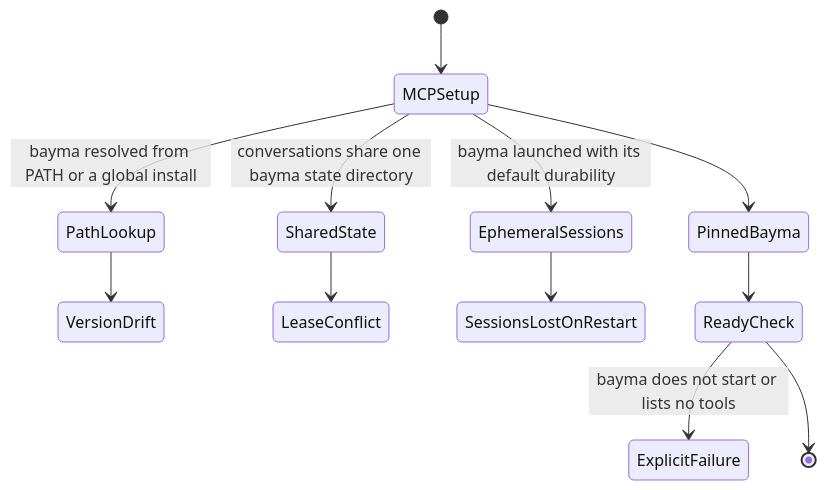
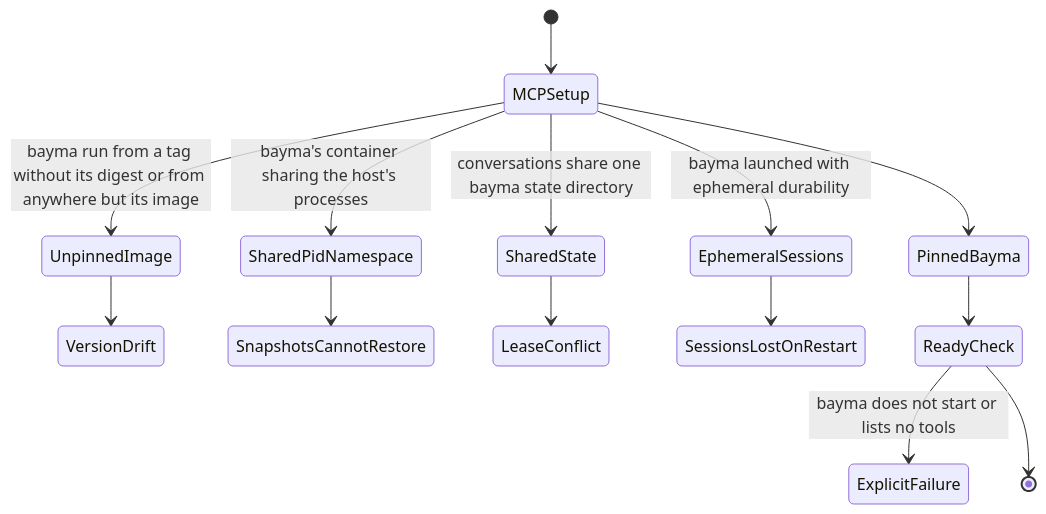
The third of 3 diagrams in src/mcp/README.md (eaucoin/alasio), drawn with Mermaid before and after one commit. The commit also changed other lines of this file and 9 other files, not shown here.

First line of the commit message:
Run bayma from its image, beside alasio's container

````diff
--- a/src/mcp/README.md
+++ b/src/mcp/README.md
@@ -32,14 +34,16 @@
 ```mermaid
 stateDiagram-v2
   [*] --> MCPSetup
-  MCPSetup --> PathLookup: bayma resolved from PATH or a global install
-  PathLookup --> VersionDrift
+  MCPSetup --> UnpinnedImage: bayma run from a tag without its digest or from anywhere but its image
+  UnpinnedImage --> VersionDrift
+  MCPSetup --> SharedPidNamespace: bayma's container sharing the host's processes
+  SharedPidNamespace --> SnapshotsCannotRestore
   MCPSetup --> SharedState: conversations share one bayma state directory
   SharedState --> LeaseConflict
-  MCPSetup --> EphemeralSessions: bayma launched with its default durability
+  MCPSetup --> EphemeralSessions: bayma launched with ephemeral durability
   EphemeralSessions --> SessionsLostOnRestart
   MCPSetup --> PinnedBayma
   PinnedBayma --> ReadyCheck
   ReadyCheck --> ExplicitFailure: bayma does not start or lists no tools
   ReadyCheck --> [*]
 ```
````
